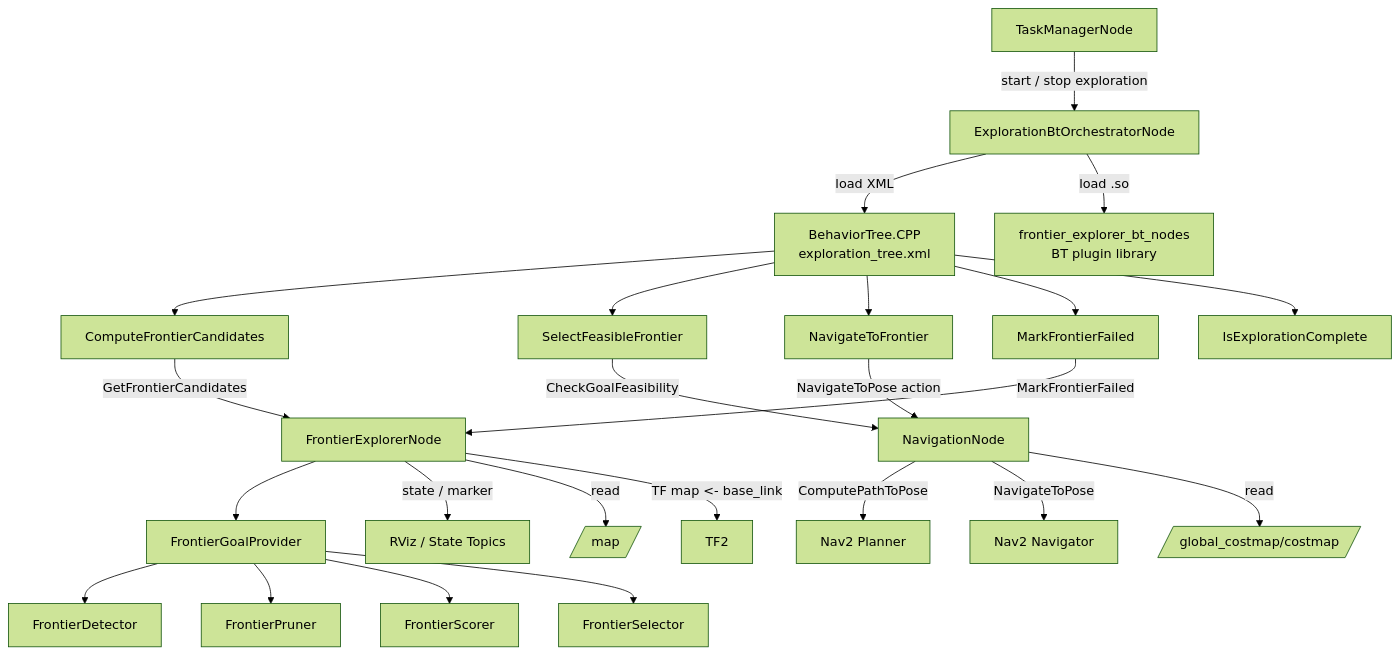
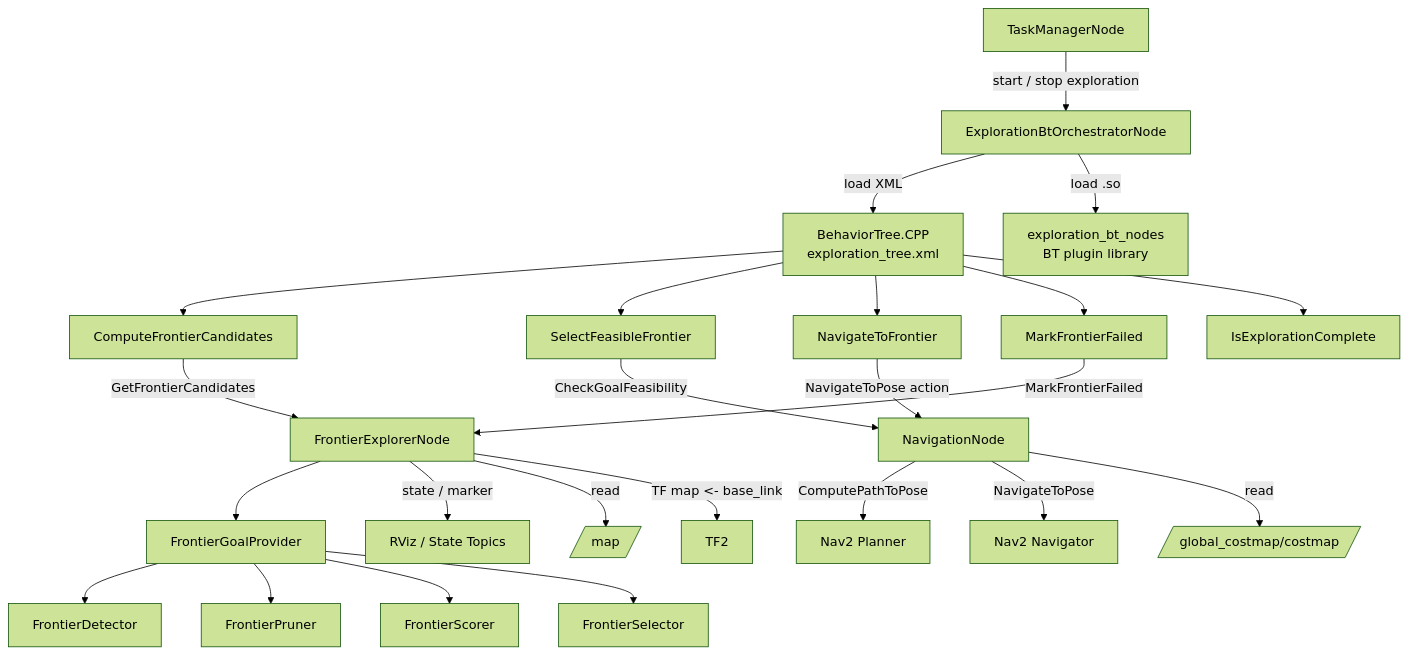
The diagram in src/frontier_explorer_nodes/doc/exploration_architecture.md (UIU8848UJU/autonomous_frontier_explorer), drawn with Mermaid (forest theme) before and after one commit. The commit also changed other lines of this file and 140 other files, not shown here.

````diff
--- a/src/frontier_explorer_nodes/doc/exploration_architecture.md
+++ b/src/frontier_explorer_nodes/doc/exploration_architecture.md
@@ -15,28 +15,28 @@
 ```mermaid
 flowchart TD
     TM[TaskManagerNode] -->|start / stop exploration| BTO[ExplorationBtOrchestratorNode]
     BTO -->|load XML| BT[BehaviorTree.CPP<br/>exploration_tree.xml]
-    BTO -->|load .so| PLUGINS[frontier_explorer_bt_nodes<br/>BT plugin library]
+    BTO -->|load .so| PLUGINS[exploration_bt_nodes<br/>BT plugin library]
     BT --> CFC[ComputeFrontierCandidates]
     BT --> SFF[SelectFeasibleFrontier]
     BT --> NAVBT[NavigateToFrontier]
     BT --> MFF[MarkFrontierFailed]
     BT --> IEC[IsExplorationComplete]
 
     CFC -->|GetFrontierCandidates| FEN[FrontierExplorerNode]
     MFF -->|MarkFrontierFailed| FEN
     FEN --> FGP[FrontierGoalProvider]
     FGP --> DET[FrontierDetector]
     FGP --> PRN[FrontierPruner]
     FGP --> SCR[FrontierScorer]
     FGP --> SEL[FrontierSelector]
     FEN -->|state / marker| RVIZ[RViz / State Topics]
 
     SFF -->|CheckGoalFeasibility| NN[NavigationNode]
     NAVBT -->|NavigateToPose action| NN
     NN -->|ComputePathToPose| NAV2P[Nav2 Planner]
     NN -->|NavigateToPose| NAV2N[Nav2 Navigator]
     NN -->|read| GCM[/global_costmap/costmap/]
     FEN -->|read| MAP[/map/]
     FEN -->|TF map <- base_link| TF[TF2]
 ```
````
